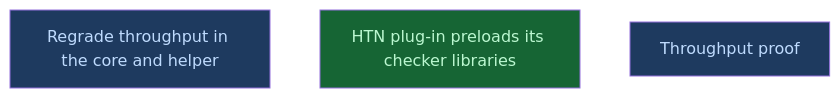
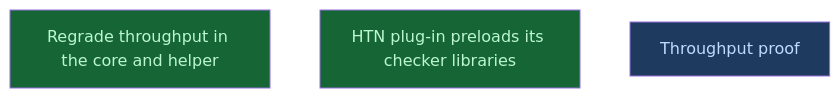
The diagram in __roadmap__/m2a-evaluation-parity/components/assembly/parity/throughput/README.md (CrackingShells/Candler), drawn with Mermaid before and after one commit. The commit also changed other lines of this file and 1 other file, not shown here.

Commit message:
rdm(evaluation): mark regrade_throughput done
Its gates pass on the landed commits, plus the fix for the helper pipe
race that lost an outcome at concurrency 8.

````diff
--- a/__roadmap__/m2a-evaluation-parity/components/assembly/parity/throughput/README.md
+++ b/__roadmap__/m2a-evaluation-parity/components/assembly/parity/throughput/README.md
@@ -19,11 +19,11 @@
 ```mermaid
 graph TD
-    regrade_throughput[Regrade throughput in the core and helper]:::amendment
+    regrade_throughput[Regrade throughput in the core and helper]:::done
     htn_preload[HTN plug-in preloads its checker libraries]:::done
     proof[Throughput proof]:::amendment
     classDef done       fill:#166534,color:#bbf7d0
     classDef inprogress fill:#854d0e,color:#fef08a
     classDef planned    fill:#374151,color:#e5e7eb
     classDef amendment  fill:#1e3a5f,color:#bfdbfe
     classDef blocked    fill:#7f1d1d,color:#fecaca
 ```
````
